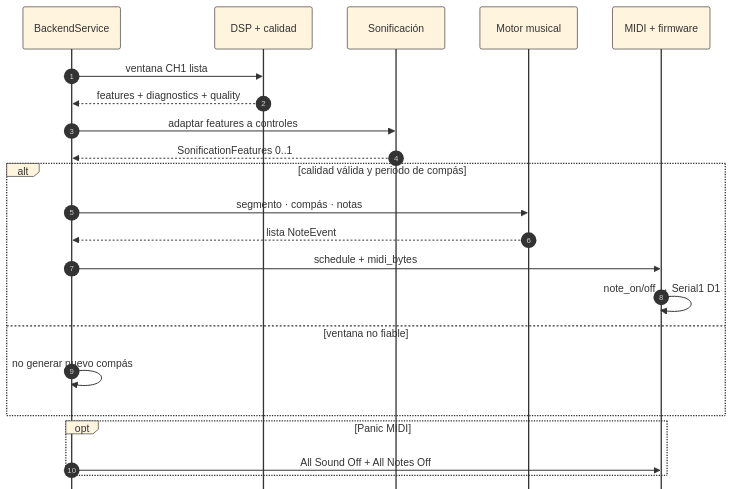
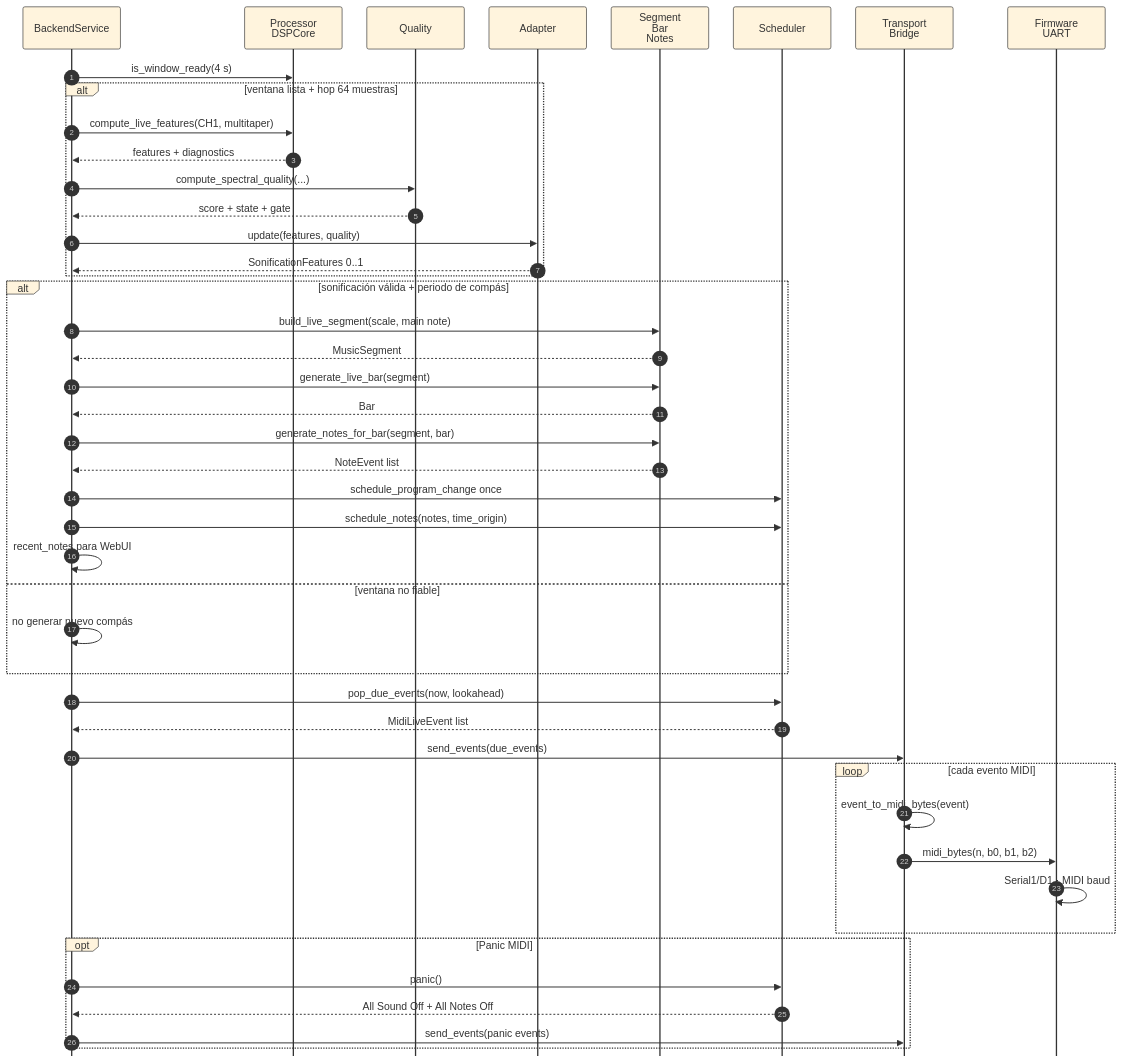
One commit to valtorresm97/REDACCION-TFG changed the diagram in TFG_EEG_MIDI/images/uml/impl_sonificacion_flujo.mmd. Above: the diagram before and after it, drawn with Mermaid.

Commit message:
Refine sonification flow sequence diagram

```diff
--- a/TFG_EEG_MIDI/images/uml/impl_sonificacion_flujo.mmd
+++ b/TFG_EEG_MIDI/images/uml/impl_sonificacion_flujo.mmd
@@ -1,25 +1,50 @@
-%%{init: {"theme": "base", "themeVariables": {"fontSize": "24px", "fontFamily": "Arial", "primaryBorderColor": "#333333", "lineColor": "#333333"}, "sequence": {"useMaxWidth": true, "showSequenceNumbers": true, "mirrorActors": false, "diagramMarginX": 18, "diagramMarginY": 12, "actorMargin": 54, "messageMargin": 34, "boxMargin": 8, "boxTextMargin": 6, "noteMargin": 8}}}%%
+%%{init: {"theme": "base", "themeVariables": {"fontSize": "22px", "fontFamily": "Arial", "primaryBorderColor": "#333333", "lineColor": "#333333"}, "sequence": {"useMaxWidth": true, "showSequenceNumbers": true, "mirrorActors": false, "diagramMarginX": 18, "diagramMarginY": 12, "actorMargin": 38, "boxMargin": 8, "noteMargin": 8, "messageMargin": 28}}}%%
 sequenceDiagram
   participant BE as BackendService
-  participant DSP as DSP + calidad
-  participant SON as Sonificación
-  participant MUS as Motor musical
-  participant MIDI as MIDI + firmware
+  participant PD as Processor<br/>DSPCore
+  participant Q as Quality
+  participant AD as Adapter
+  participant MUS as Segment<br/>Bar<br/>Notes
+  participant SCH as Scheduler
+  participant TR as Transport<br/>Bridge
+  participant HW as Firmware<br/>UART
 
-  BE->>DSP: ventana CH1 lista
-  DSP-->>BE: features + diagnostics + quality
-  BE->>SON: adaptar features a controles
-  SON-->>BE: SonificationFeatures 0..1
+  BE->>PD: is_window_ready(4 s)
+  alt ventana lista + hop 64 muestras
+    BE->>PD: compute_live_features(CH1, multitaper)
+    PD-->>BE: features + diagnostics
+    BE->>Q: compute_spectral_quality(...)
+    Q-->>BE: score + state + gate
+    BE->>AD: update(features, quality)
+    AD-->>BE: SonificationFeatures 0..1
+  end
 
-  alt calidad válida y periodo de compás
-    BE->>MUS: segmento · compás · notas
-    MUS-->>BE: lista NoteEvent
-    BE->>MIDI: schedule + midi_bytes
-    MIDI->>MIDI: note_on/off → Serial1 D1
+  alt sonificación válida + periodo de compás
+    BE->>MUS: build_live_segment(scale, main note)
+    MUS-->>BE: MusicSegment
+    BE->>MUS: generate_live_bar(segment)
+    MUS-->>BE: Bar
+    BE->>MUS: generate_notes_for_bar(segment, bar)
+    MUS-->>BE: NoteEvent list
+    BE->>SCH: schedule_program_change once
+    BE->>SCH: schedule_notes(notes, time_origin)
+    BE->>BE: recent_notes para WebUI
   else ventana no fiable
     BE->>BE: no generar nuevo compás
   end
 
+  BE->>SCH: pop_due_events(now, lookahead)
+  SCH-->>BE: MidiLiveEvent list
+  BE->>TR: send_events(due_events)
+
+  loop cada evento MIDI
+    TR->>TR: event_to_midi_bytes(event)
+    TR->>HW: midi_bytes(n, b0, b1, b2)
+    HW->>HW: Serial1/D1 · MIDI baud
+  end
+
   opt Panic MIDI
-    BE->>MIDI: All Sound Off + All Notes Off
+    BE->>SCH: panic()
+    SCH-->>BE: All Sound Off + All Notes Off
+    BE->>TR: send_events(panic events)
   end
```
